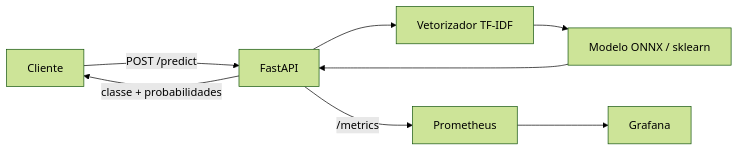
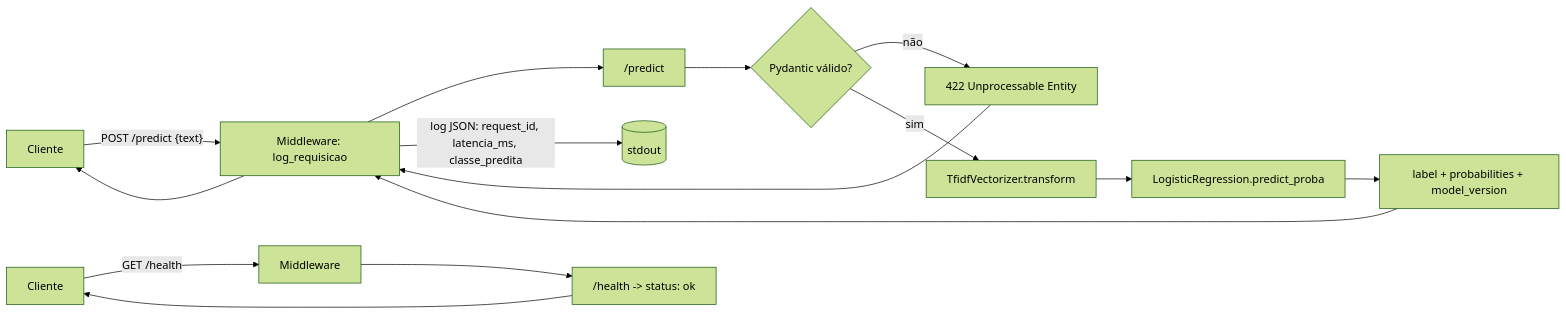
The first of 2 diagrams in docs/ARCHITECTURE.md (NycolasGarcia/Medical-Triage-NLP), drawn with Mermaid (forest theme) before and after one commit. The commit also changed other lines of this file and 2 other files, not shown here.

First line of the commit message:
docs: adiciona README com arquitetura de deploy e reescreve ARCHITECTURE.md

````diff
--- a/docs/ARCHITECTURE.md
+++ b/docs/ARCHITECTURE.md
@@ -24,10 +28,16 @@
 ```mermaid
 flowchart LR
-    C[Cliente] -->|POST /predict| A[FastAPI]
-    A --> V[Vetorizador TF-IDF]
-    V --> M[Modelo ONNX / sklearn]
-    M --> A
-    A -->|classe + probabilidades| C
-    A -->|/metrics| P[Prometheus]
-    P --> G[Grafana]
+    C[Cliente] -->|"POST /predict {text}"| MW[Middleware: log_requisicao]
+    MW --> EP["/predict"]
+    EP --> VAL{Pydantic válido?}
+    VAL -->|não| ERR["422 Unprocessable Entity"]
+    VAL -->|sim| VEC[TfidfVectorizer.transform]
+    VEC --> CLF[LogisticRegression.predict_proba]
+    CLF --> RESP["label + probabilities + model_version"]
+    RESP --> MW
+    ERR --> MW
+    MW -->|"log JSON: request_id, latencia_ms, classe_predita"| LOG[(stdout)]
+    MW --> C
+
+    H[Cliente] -->|GET /health| MW2[Middleware] --> HE["/health -> status: ok"] --> H
 ```
````
